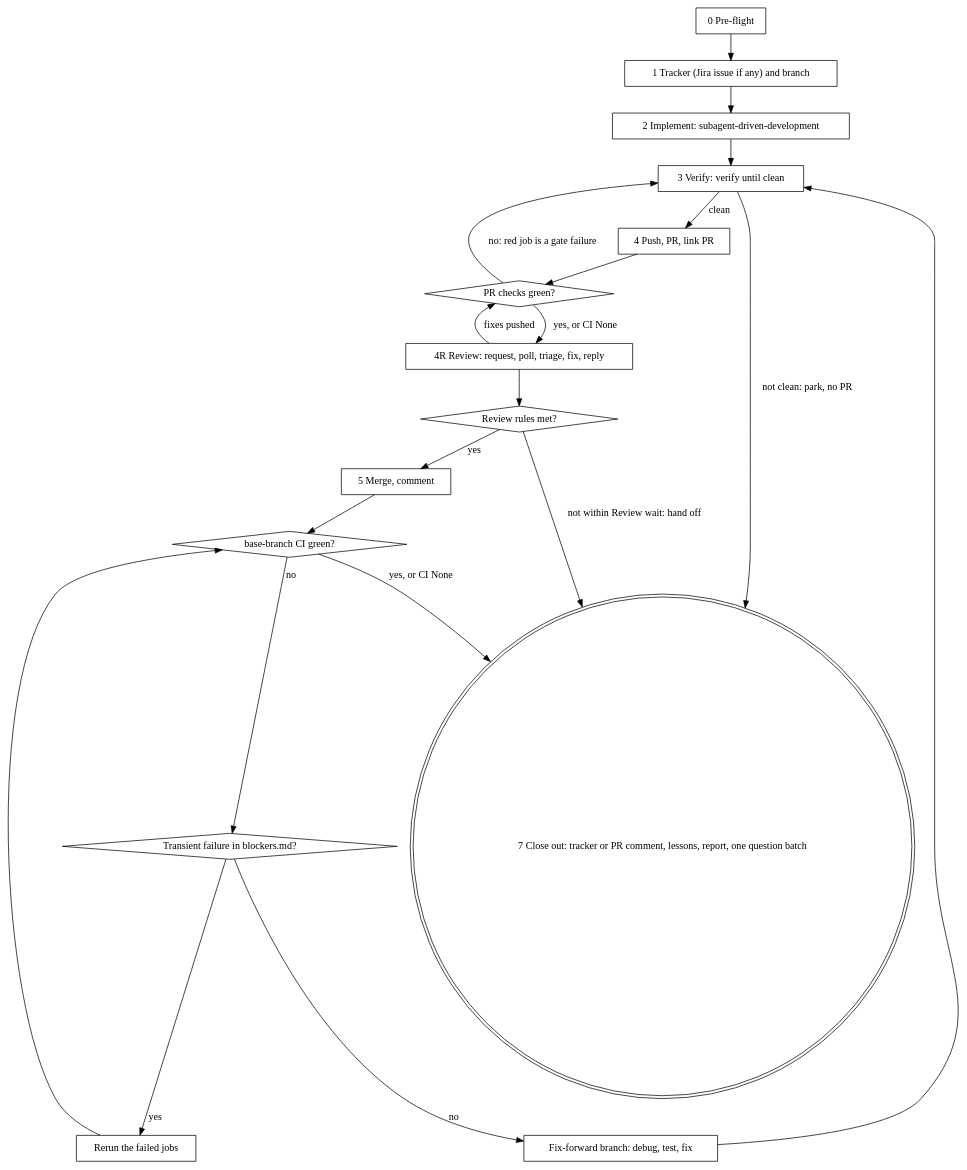
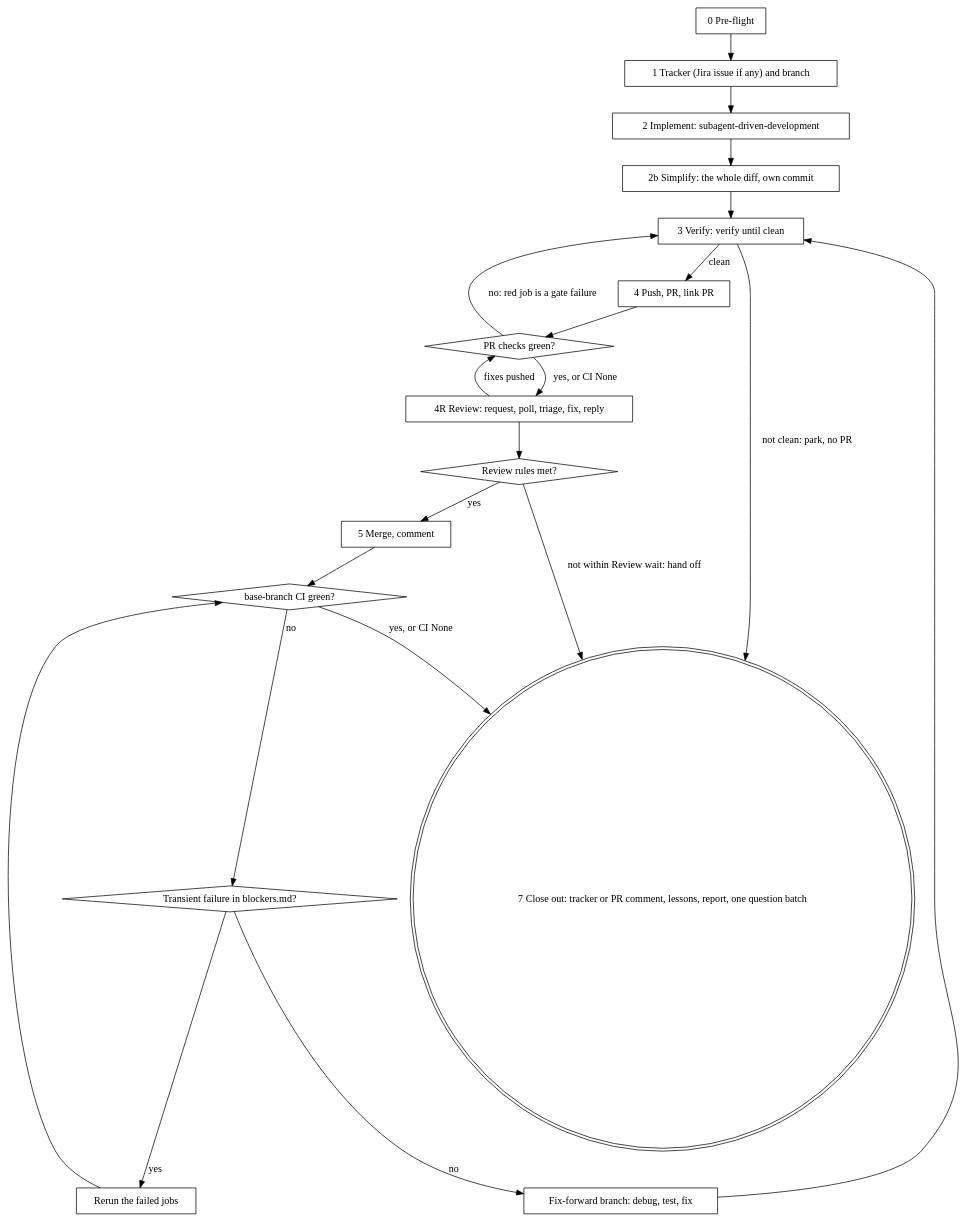
The diagram in skills/ship-plan/SKILL.md (tarmopr/ai-skills), drawn with Graphviz before and after one commit. The commit also changed other lines of this file and 2 other files, not shown here.

First line of the commit message:
Simplify the whole branch before ship-plan verifies it

````diff
--- a/skills/ship-plan/SKILL.md
+++ b/skills/ship-plan/SKILL.md
@@ -141,38 +141,40 @@
 ```dot
 digraph ship {
   "0 Pre-flight" [shape=box];
   "1 Tracker (Jira issue if any) and branch" [shape=box];
   "2 Implement: subagent-driven-development" [shape=box];
+  "2b Simplify: the whole diff, own commit" [shape=box];
   "3 Verify: verify until clean" [shape=box];
   "4 Push, PR, link PR" [shape=box];
   "PR checks green?" [shape=diamond];
   "4R Review: request, poll, triage, fix, reply" [shape=box];
   "Review rules met?" [shape=diamond];
   "5 Merge, comment" [shape=box];
   "base-branch CI green?" [shape=diamond];
   "Transient failure in blockers.md?" [shape=diamond];
   "Rerun the failed jobs" [shape=box];
   "Fix-forward branch: debug, test, fix" [shape=box];
   "7 Close out: tracker or PR comment, lessons, report, one question batch" [shape=doublecircle];
 
   "0 Pre-flight" -> "1 Tracker (Jira issue if any) and branch";
   "1 Tracker (Jira issue if any) and branch" -> "2 Implement: subagent-driven-development";
-  "2 Implement: subagent-driven-development" -> "3 Verify: verify until clean";
+  "2 Implement: subagent-driven-development" -> "2b Simplify: the whole diff, own commit";
+  "2b Simplify: the whole diff, own commit" -> "3 Verify: verify until clean";
   "3 Verify: verify until clean" -> "4 Push, PR, link PR" [label="clean"];
   "3 Verify: verify until clean" -> "7 Close out: tracker or PR comment, lessons, report, one question batch" [label="not clean: park, no PR"];
   "4 Push, PR, link PR" -> "PR checks green?";
   "PR checks green?" -> "3 Verify: verify until clean" [label="no: red job is a gate failure"];
   "PR checks green?" -> "4R Review: request, poll, triage, fix, reply" [label="yes, or CI None"];
   "4R Review: request, poll, triage, fix, reply" -> "PR checks green?" [label="fixes pushed"];
   "4R Review: request, poll, triage, fix, reply" -> "Review rules met?";
   "Review rules met?" -> "5 Merge, comment" [label="yes"];
   "Review rules met?" -> "7 Close out: tracker or PR comment, lessons, report, one question batch" [label="not within Review wait: hand off"];
   "5 Merge, comment" -> "base-branch CI green?";
   "base-branch CI green?" -> "7 Close out: tracker or PR comment, lessons, report, one question batch" [label="yes, or CI None"];
   "base-branch CI green?" -> "Transient failure in blockers.md?" [label="no"];
   "Transient failure in blockers.md?" -> "Rerun the failed jobs" [label="yes"];
   "Rerun the failed jobs" -> "base-branch CI green?";
   "Transient failure in blockers.md?" -> "Fix-forward branch: debug, test, fix" [label="no"];
   "Fix-forward branch: debug, test, fix" -> "3 Verify: verify until clean";
 }
 ```
````
